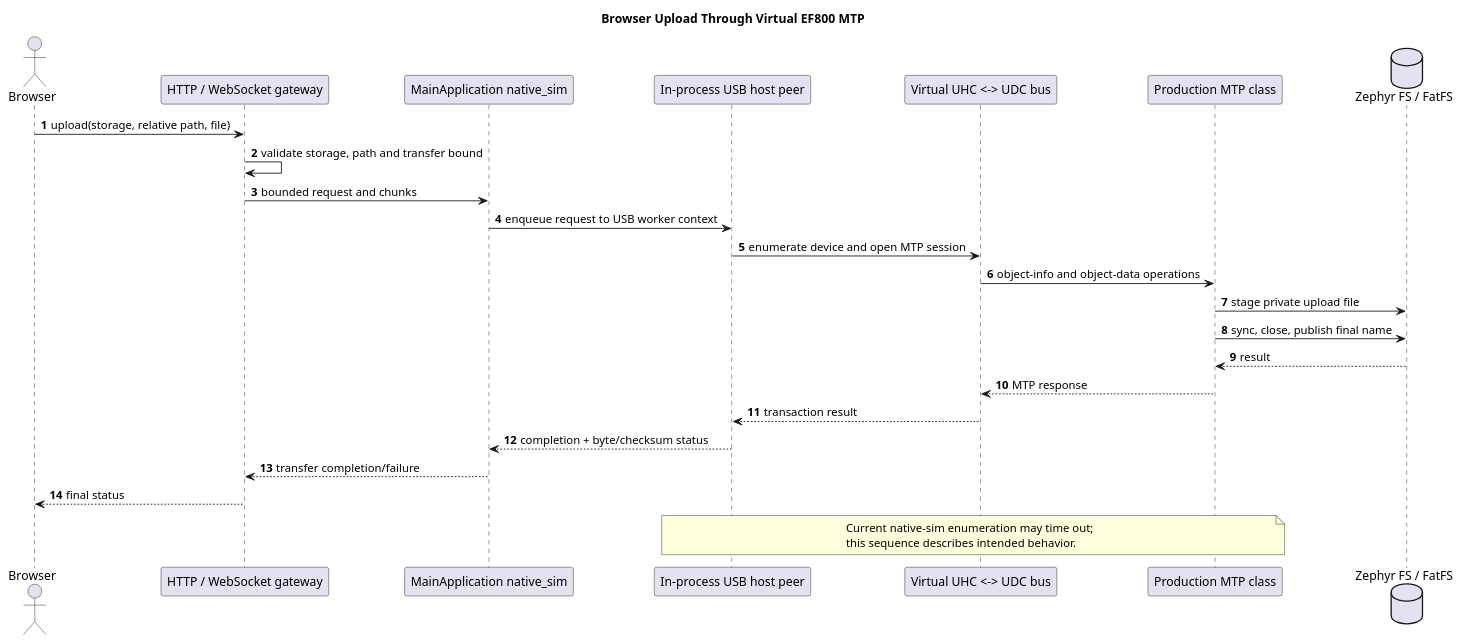
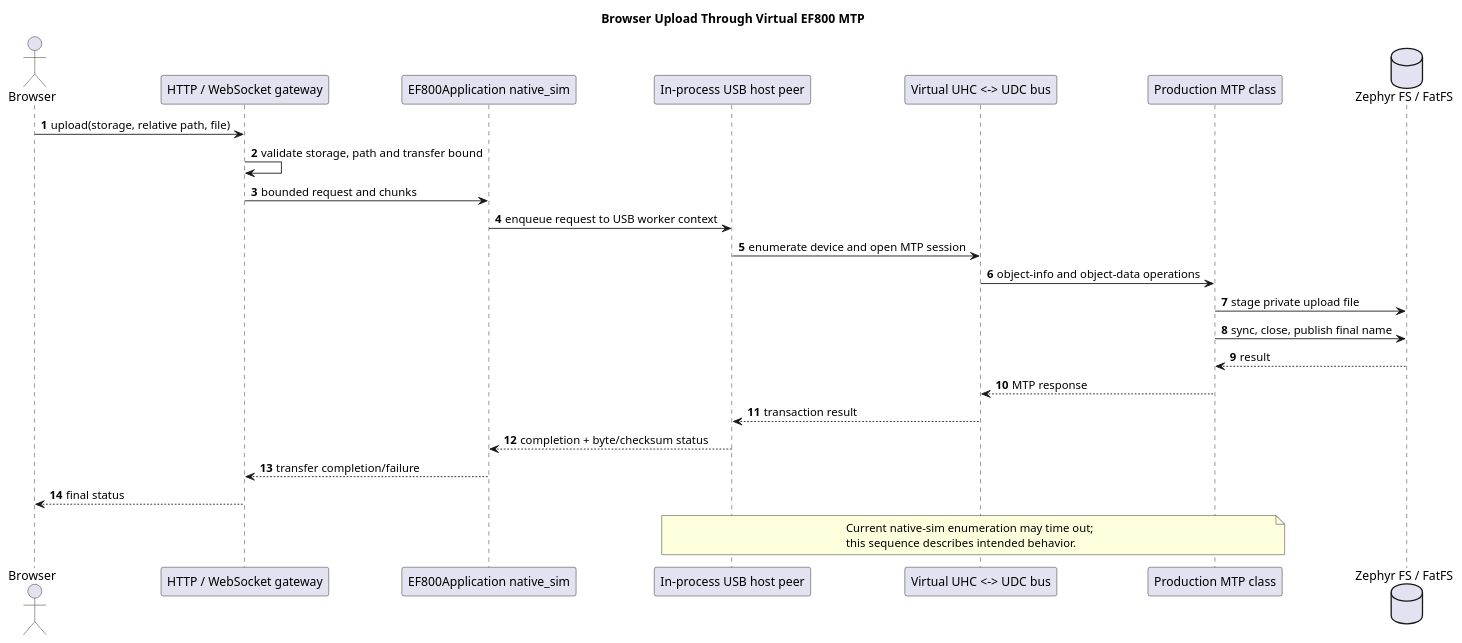
The diagram in architecture/diagram_as_code/06_runtime_view/virtual_mtp_upload.puml (jaster-prj/EF800-Zephyr), drawn with PlantUML before and after one commit. The commit also changed 386 other files, not shown here.

```diff
--- a/architecture/diagram_as_code/06_runtime_view/virtual_mtp_upload.puml
+++ b/architecture/diagram_as_code/06_runtime_view/virtual_mtp_upload.puml
@@ -1,32 +1,32 @@
 @startuml virtual_mtp_upload
 title Browser Upload Through Virtual EF800 MTP
 autonumber
 
 actor Browser
 participant "HTTP / WebSocket gateway" as Gateway
-participant "MainApplication native_sim" as Sim
+participant "EF800Application native_sim" as Sim
 participant "In-process USB host peer" as Peer
 participant "Virtual UHC <-> UDC bus" as Bus
 participant "Production MTP class" as MTP
 database "Zephyr FS / FatFS" as FS
 
 Browser -> Gateway : upload(storage, relative path, file)
 Gateway -> Gateway : validate storage, path and transfer bound
 Gateway -> Sim : bounded request and chunks
 Sim -> Peer : enqueue request to USB worker context
 Peer -> Bus : enumerate device and open MTP session
 Bus -> MTP : object-info and object-data operations
 MTP -> FS : stage private upload file
 MTP -> FS : sync, close, publish final name
 FS --> MTP : result
 MTP --> Bus : MTP response
 Bus --> Peer : transaction result
 Peer --> Sim : completion + byte/checksum status
 Sim --> Gateway : transfer completion/failure
 Gateway --> Browser : final status
 
 note over Peer, MTP
   Current native-sim enumeration may time out;
   this sequence describes intended behavior.
 end note
 @enduml
```
